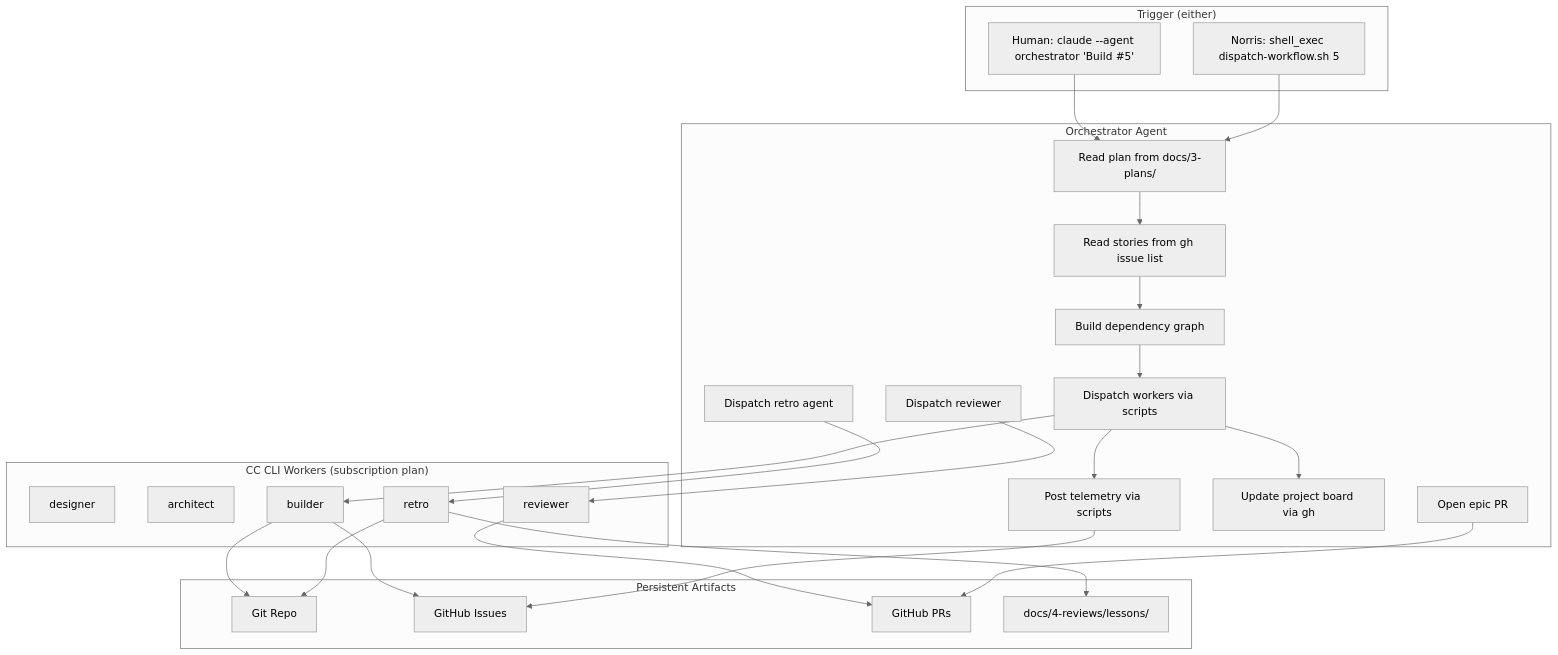
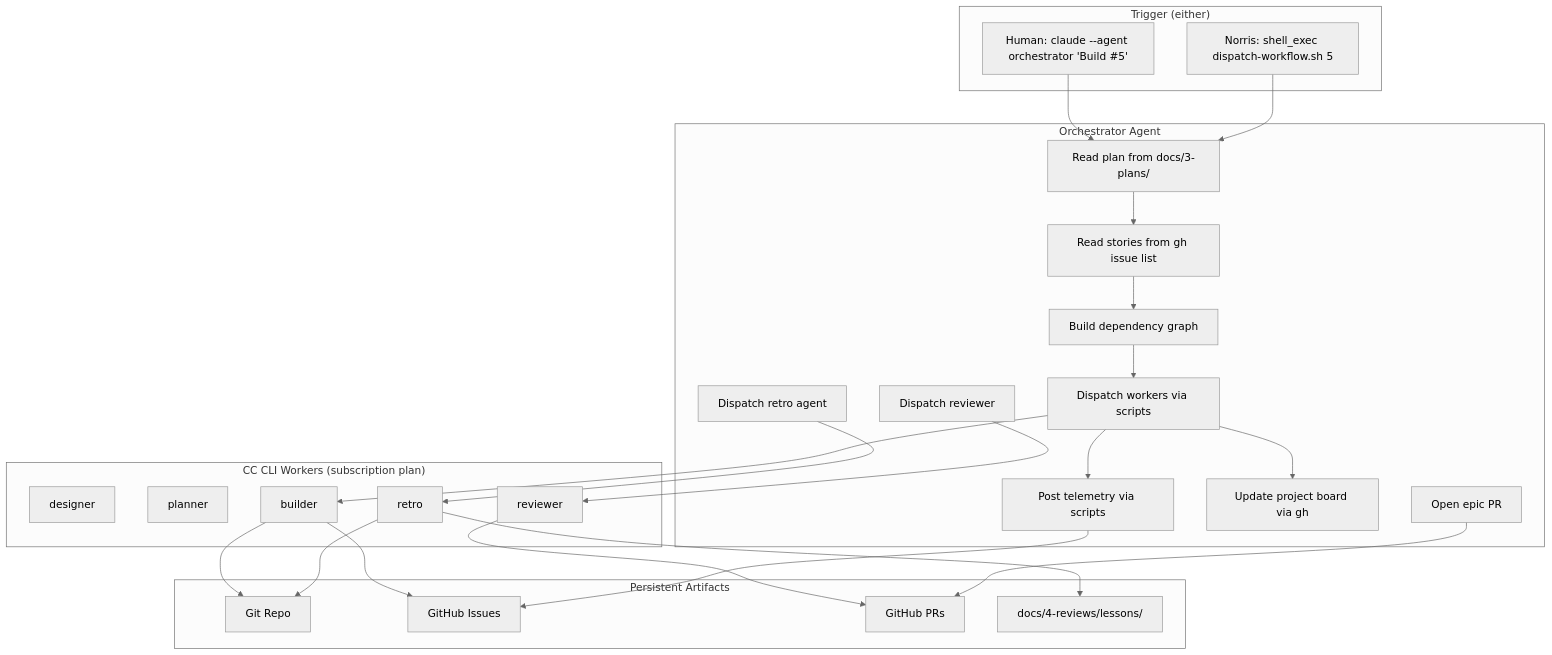
The second of 4 diagrams in docs/2-design/2026-03-09-agentic-sdlc-v2-design.md (carlosboeing/agentic-sdlc-workflow), drawn with Mermaid (neutral theme) before and after one commit. The commit also changed other lines of this file and 46 other files, not shown here.

First line of the commit message:
refactor(agents): rename architect agent to planner

````diff
--- a/docs/2-design/2026-03-09-agentic-sdlc-v2-design.md
+++ b/docs/2-design/2026-03-09-agentic-sdlc-v2-design.md
@@ -105,52 +105,52 @@
 ```mermaid
 flowchart TD
     subgraph Trigger ["Trigger (either)"]
         HU[Human: claude --agent orchestrator 'Build #5']
         NO[Norris: shell_exec dispatch-workflow.sh 5]
     end
 
     subgraph Orchestrator ["Orchestrator Agent"]
         READ[Read plan from docs/3-plans/]
         ISSUES[Read stories from gh issue list]
         DEP[Build dependency graph]
         DISPATCH[Dispatch workers via scripts]
         TELEM[Post telemetry via scripts]
         BOARD[Update project board via gh]
         REVIEW[Dispatch reviewer]
         RETRO[Dispatch retro agent]
         PR[Open epic PR]
     end
 
     subgraph Workers ["CC CLI Workers (subscription plan)"]
         DES[designer]
-        ARC[architect]
+        ARC[planner]
         BLD[builder]
         REV[reviewer]
         RET[retro]
     end
 
     subgraph Artifacts ["Persistent Artifacts"]
         REPO[Git Repo]
         GHI[GitHub Issues]
         GHP[GitHub PRs]
         LESSONS[docs/4-reviews/lessons/]
     end
 
     HU --> READ
     NO --> READ
     READ --> ISSUES
     ISSUES --> DEP
     DEP --> DISPATCH
     DISPATCH --> BLD
     BLD --> REPO
     BLD --> GHI
     DISPATCH --> TELEM
     TELEM --> GHI
     DISPATCH --> BOARD
     REVIEW --> REV
     REV --> GHP
     RETRO --> RET
     RET --> LESSONS
     RET --> REPO
     PR --> GHP
 ```
````
